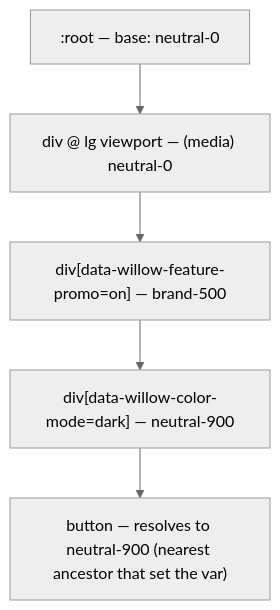
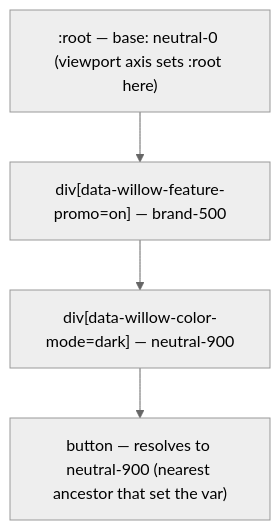
One commit to JoshBowdenConcepts/willow-ds changed the diagram in docs/scope-model.md. Above: the diagram before and after it, drawn with Mermaid (neutral theme). The commit also changed other lines of this file, not shown here.

First line of the commit message:
docs(tokens): Model breakpoints as an orthogonal viewport axis

````diff
--- a/docs/scope-model.md
+++ b/docs/scope-model.md
@@ -152,9 +198,8 @@
 ```mermaid
 flowchart TD
-  root[":root — base: neutral-0"]
-  bp["div @ lg viewport — (media) neutral-0"]
+  root[":root — base: neutral-0 (viewport axis sets :root here)"]
   feat["div[data-willow-feature-promo=on] — brand-500"]
   mode["div[data-willow-color-mode=dark] — neutral-900"]
   leaf["button — resolves to neutral-900 (nearest ancestor that set the var)"]
-  root --> bp --> feat --> mode --> leaf
+  root --> feat --> mode --> leaf
 ```
````
